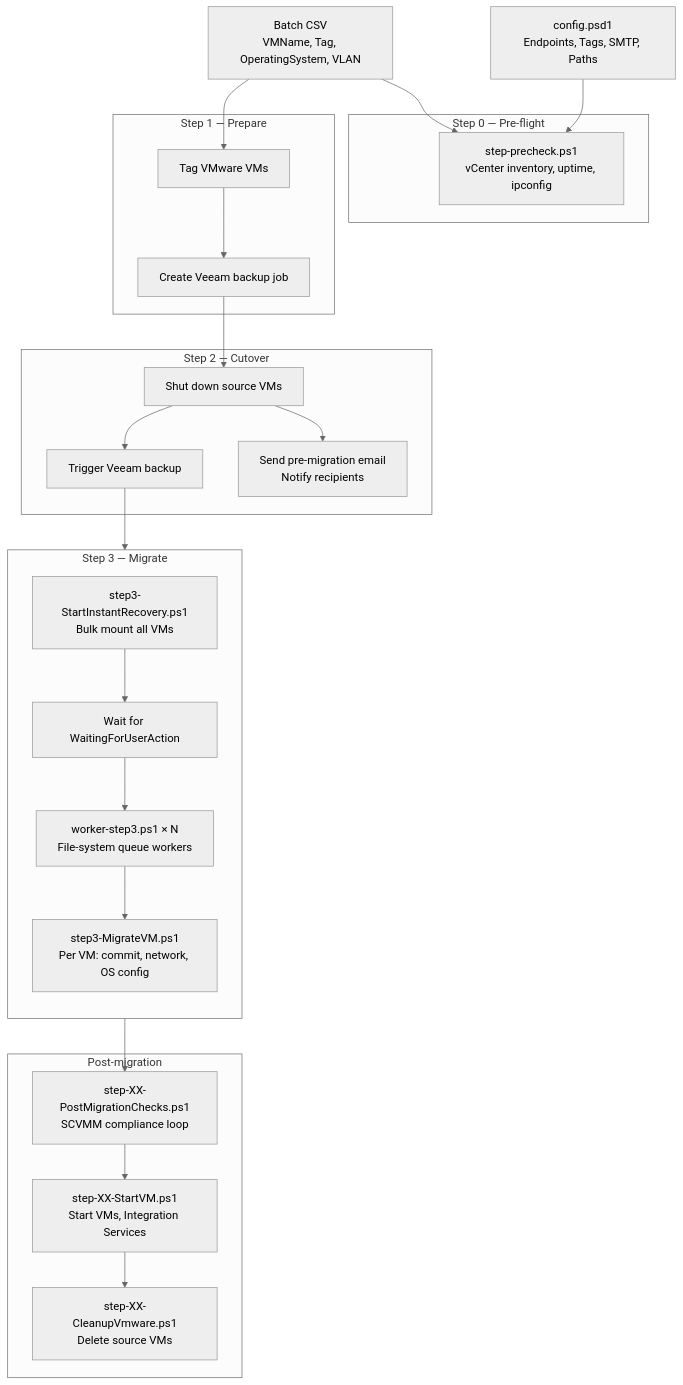
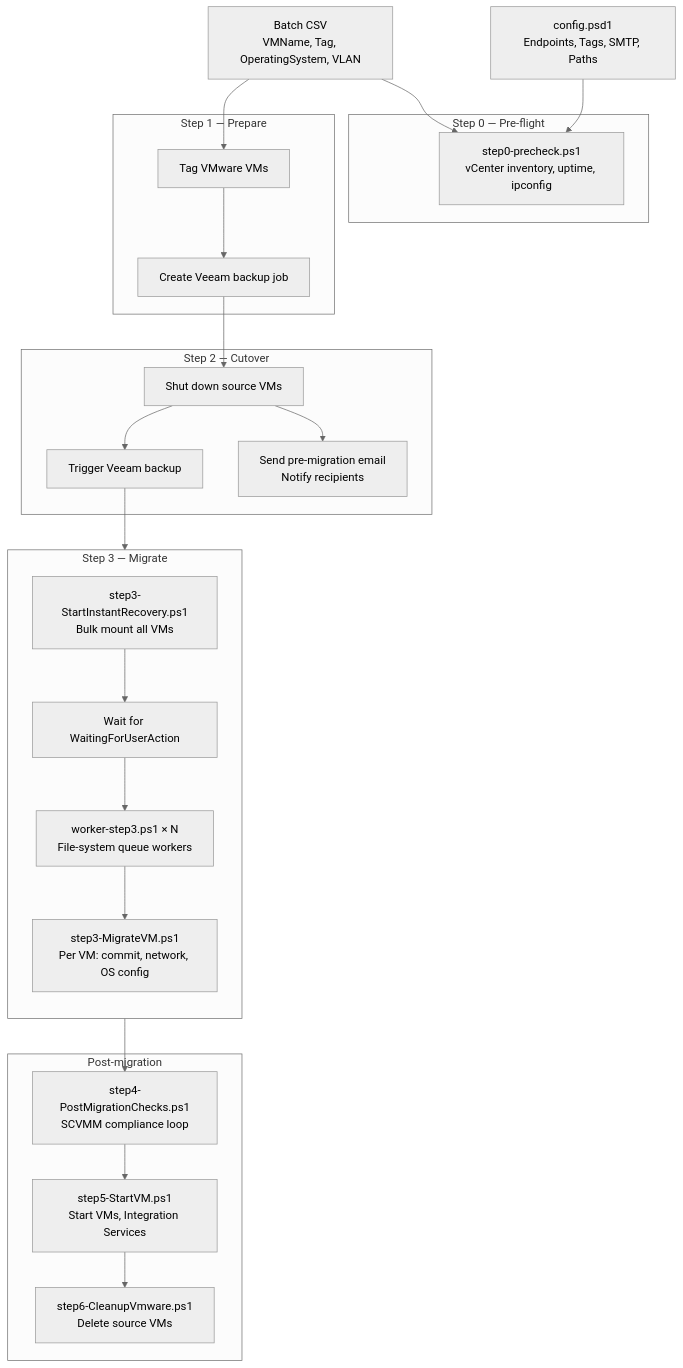
Before and after one commit to happyvm/vmware2hyperv: the first of 2 diagrams in README.md, drawn with Mermaid (neutral theme). The commit also changed other lines of this file and 18 other files, not shown here.

````diff
--- a/README.md
+++ b/README.md
@@ -25,49 +25,49 @@
 ```mermaid
 flowchart TD
     CSV[Batch CSV\nVMName, Tag, OperatingSystem, VLAN]
     CFG[config.psd1\nEndpoints, Tags, SMTP, Paths]
 
     subgraph STEP0["Step 0 — Pre-flight"]
-        PRECHECK[step-precheck.ps1\nvCenter inventory, uptime, ipconfig]
+        PRECHECK[step0-precheck.ps1\nvCenter inventory, uptime, ipconfig]
     end
 
     subgraph STEP1["Step 1 — Prepare"]
         TAG[Tag VMware VMs]
         VEEAMJOB[Create Veeam backup job]
     end
 
     subgraph STEP2["Step 2 — Cutover"]
         SHUTDOWN[Shut down source VMs]
         BACKUP[Trigger Veeam backup]
         MAIL[Send pre-migration email\nNotify recipients]
     end
 
     subgraph STEP3["Step 3 — Migrate"]
         direction TB
         BULKIR[step3-StartInstantRecovery.ps1\nBulk mount all VMs]
         WAIT[Wait for WaitingForUserAction]
         WORKER[worker-step3.ps1 × N\nFile-system queue workers]
         MIGRATE[step3-MigrateVM.ps1\nPer VM: commit, network, OS config]
     end
 
     subgraph POST["Post-migration"]
-        CHECKS[step-XX-PostMigrationChecks.ps1\nSCVMM compliance loop]
-        STARTVM[step-XX-StartVM.ps1\nStart VMs, Integration Services]
-        CLEANUP[step-XX-CleanupVmware.ps1\nDelete source VMs]
+        CHECKS[step4-PostMigrationChecks.ps1\nSCVMM compliance loop]
+        STARTVM[step5-StartVM.ps1\nStart VMs, Integration Services]
+        CLEANUP[step6-CleanupVmware.ps1\nDelete source VMs]
     end
 
     CSV --> PRECHECK
     CFG --> PRECHECK
     CSV --> TAG
     TAG --> VEEAMJOB
     VEEAMJOB --> SHUTDOWN
     SHUTDOWN --> BACKUP
     SHUTDOWN --> MAIL
     BACKUP --> BULKIR
     BULKIR --> WAIT
     WAIT --> WORKER
     WORKER --> MIGRATE
     MIGRATE --> CHECKS
     CHECKS --> STARTVM
     STARTVM --> CLEANUP
 ```
````
